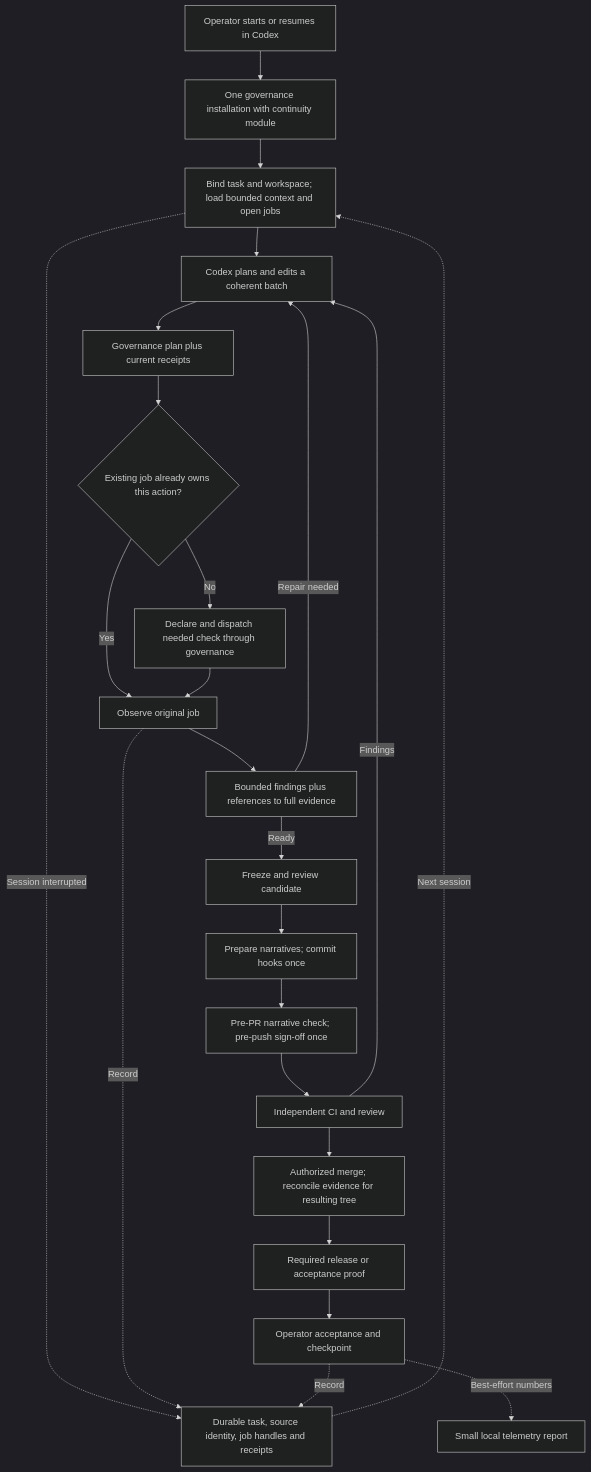
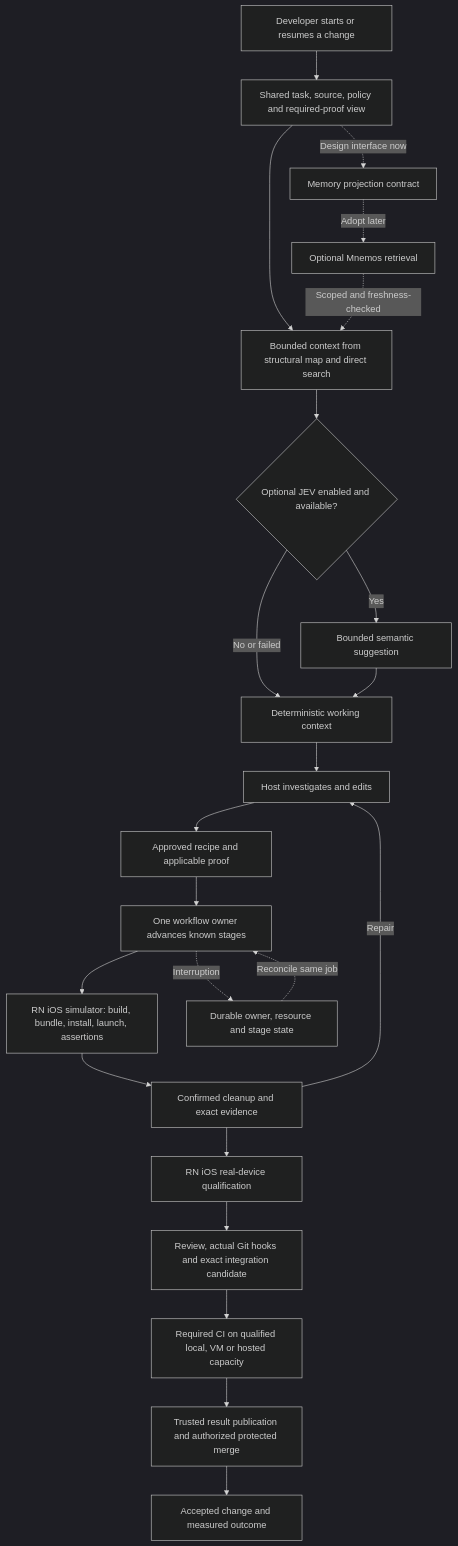
Before and after one commit to copper-labs/project-governance: the second of 2 diagrams in components/harness/docs/architecture/development-flow.md, drawn with Mermaid (dark theme). The commit also changed other lines of this file and 97 other files, not shown here.

First line of the commit message:
Record the unified engine design and qualified adoption boundary

````diff
--- a/components/harness/docs/architecture/development-flow.md
+++ b/components/harness/docs/architecture/development-flow.md
@@ -45,26 +45,25 @@
 ```mermaid
 flowchart TD
-    A[Operator starts or resumes in Codex] --> B[One governance installation with continuity module]
-    B --> C[Bind task and workspace; load bounded context and open jobs]
-    C --> D[Codex plans and edits a coherent batch]
-    D --> E[Governance plan plus current receipts]
-    E --> F{Existing job already owns this action?}
-    F -->|Yes| G[Observe original job]
-    F -->|No| H[Declare and dispatch needed check through governance]
-    H --> G
-    G --> I[Bounded findings plus references to full evidence]
-    I -->|Repair needed| D
-    I -->|Ready| J[Freeze and review candidate]
-    J --> K[Prepare narratives; commit hooks once]
-    K --> L[Pre-PR narrative check; pre-push sign-off once]
-    L --> M[Independent CI and review]
-    M -->|Findings| D
-    M --> N[Authorized merge; reconcile evidence for resulting tree]
-    N --> O[Required release or acceptance proof]
-    O --> P[Operator acceptance and checkpoint]
-    C -. Session interrupted .-> R[Durable task, source identity, job handles and receipts]
-    G -. Record .-> R
-    P -. Record .-> R
-    R -. Next session .-> C
-    P -. Best-effort numbers .-> S[Small local telemetry report]
+    A[Developer starts or resumes a change] --> B[Shared task, source, policy and required-proof view]
+    B --> C[Bounded context from structural map and direct search]
+    C --> D{Optional JEV enabled and available?}
+    D -->|No or failed| E[Deterministic working context]
+    D -->|Yes| F[Bounded semantic suggestion]
+    F --> E
+    E --> G[Host investigates and edits]
+    G --> H[Approved recipe and applicable proof]
+    H --> I[One workflow owner advances known stages]
+    I --> J[RN iOS simulator: build, bundle, install, launch, assertions]
+    J --> K[Confirmed cleanup and exact evidence]
+    K -->|Repair| G
+    K --> L[RN iOS real-device qualification]
+    L --> M[Review, actual Git hooks and exact integration candidate]
+    M --> R[Required CI on qualified local, VM or hosted capacity]
+    R --> S[Trusted result publication and authorized protected merge]
+    S --> N[Accepted change and measured outcome]
+    I -. Interruption .-> O[Durable owner, resource and stage state]
+    O -. Reconcile same job .-> I
+    B -. Design interface now .-> P[Memory projection contract]
+    P -. Adopt later .-> Q[Optional Mnemos retrieval]
+    Q -. Scoped and freshness-checked .-> C
 ```
````
